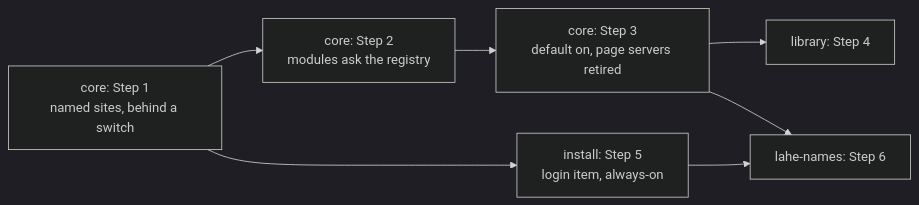
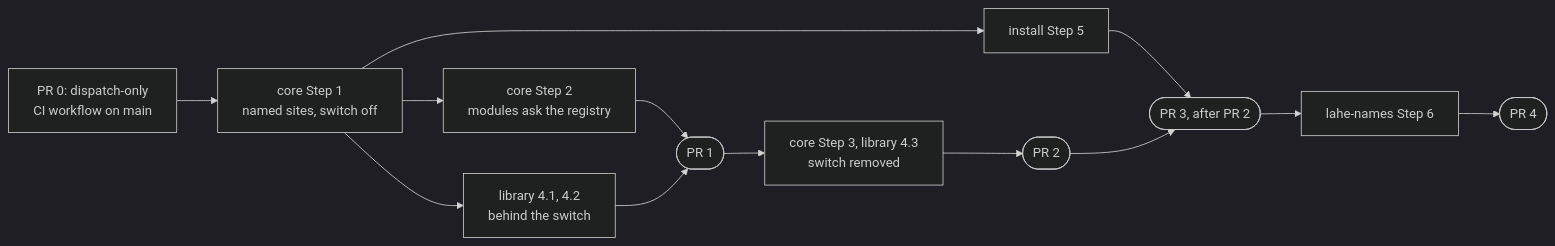
The diagram in docs/features/20261011.02_stable_addresses/03_plan_stable_addresses.md (kenxle/live-agentic-html-editor), drawn with Mermaid (dark theme) before and after one commit. The commit also changed other lines of this file and 9 other files, not shown here.

````diff
--- a/docs/features/20261011.02_stable_addresses/03_plan_stable_addresses.md
+++ b/docs/features/20261011.02_stable_addresses/03_plan_stable_addresses.md
@@ -7,9 +14,14 @@
 ```mermaid
 flowchart LR
-    S1["core: Step 1<br/>named sites, behind a switch"] --> S2["core: Step 2<br/>modules ask the registry"]
-    S2 --> S3["core: Step 3<br/>default on, page servers retired"]
-    S1 --> S5["install: Step 5<br/>login item, always-on"]
-    S3 --> S4["library: Step 4"]
-    S5 --> S6["lahe-names: Step 6"]
-    S3 --> S6
+    P0["PR 0: dispatch-only<br/>CI workflow on main"] --> S1
+    S1["core Step 1<br/>named sites, switch off"] --> S2["core Step 2<br/>modules ask the registry"]
+    S1 --> L1["library 4.1, 4.2<br/>behind the switch"]
+    S1 --> I["install Step 5"]
+    S2 --> PR1(["PR 1"])
+    L1 --> PR1
+    PR1 --> S3["core Step 3, library 4.3<br/>switch removed"]
+    S3 --> PR2(["PR 2"])
+    I --> PR3(["PR 3, after PR 2"])
+    PR2 --> PR3
+    PR3 --> N["lahe-names Step 6"] --> PR4(["PR 4"])
 ```
````
